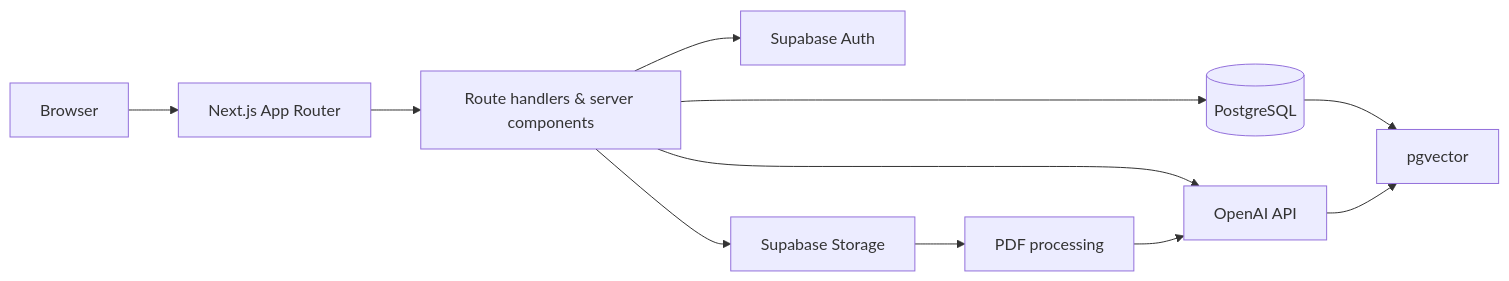
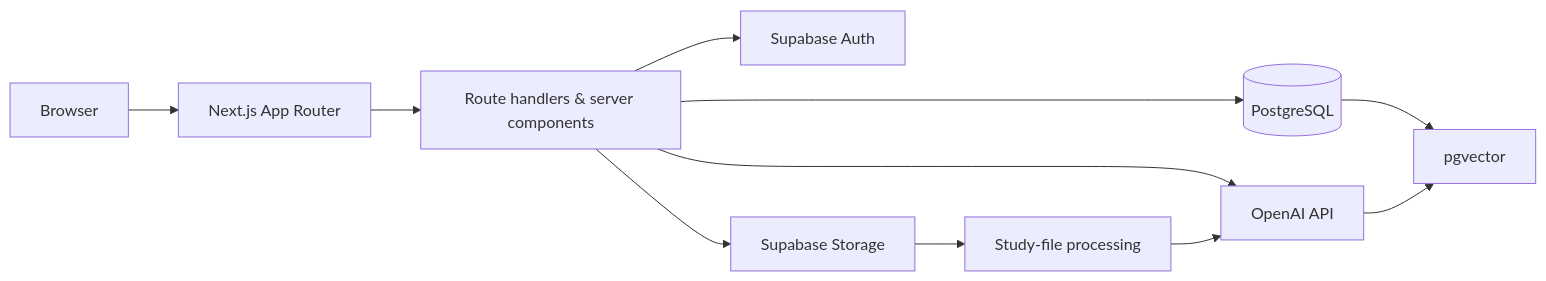
The first of 2 diagrams in README.md (tanishqmehra22/AI), drawn with Mermaid before and after one commit. The commit also changed other lines of this file and 12 other files, not shown here.

````diff
--- a/README.md
+++ b/README.md
@@ -44,13 +44,13 @@
 ```mermaid
 flowchart LR
   B[Browser] --> N[Next.js App Router]
   N --> A[Route handlers & server components]
   A --> S[Supabase Auth]
   A --> P[(PostgreSQL)]
   P --> V[pgvector]
   A --> ST[Supabase Storage]
   A --> O[OpenAI API]
-  ST --> D[PDF processing]
+  ST --> D[Study-file processing]
   D --> O
   O --> V
 ```
````
